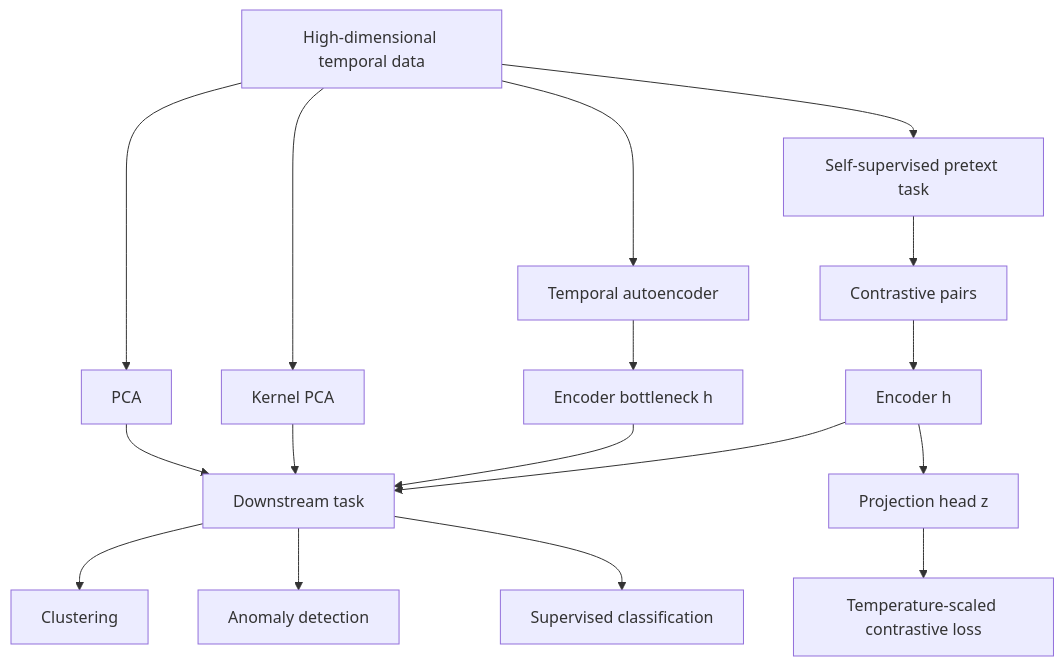
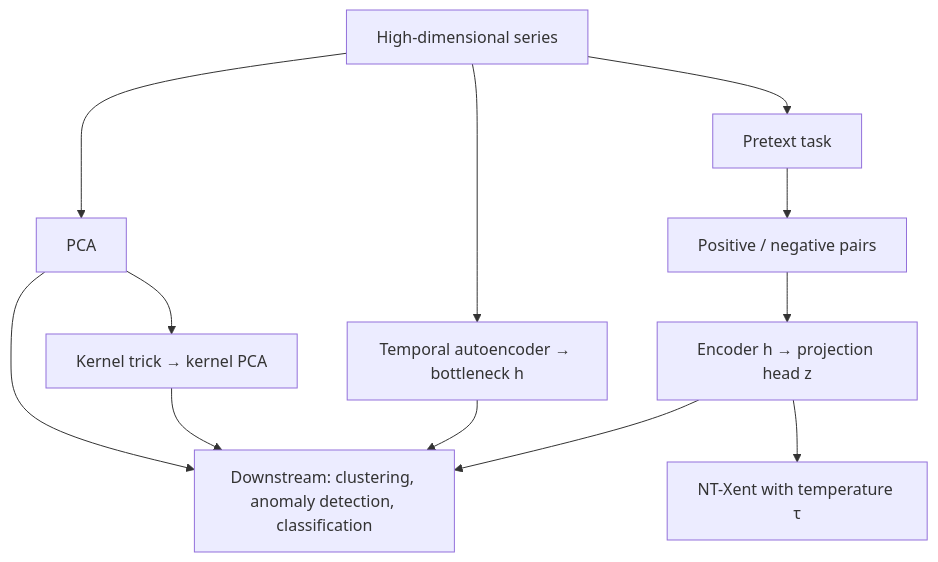
The fourth of 5 diagrams in courses/modern-temporal-learning/reference/concept_dependencies.md (hhsieh14/AI-courses-notes-reader), drawn with Mermaid before and after one commit. The commit also changed other lines of this file and 20 other files, not shown here.

````diff
--- a/courses/modern-temporal-learning/reference/concept_dependencies.md
+++ b/courses/modern-temporal-learning/reference/concept_dependencies.md
@@ -51,22 +86,11 @@
 ```mermaid
 flowchart TD
-    A[High-dimensional temporal data] --> B[PCA]
-    A --> C[Kernel PCA]
-    A --> D[Temporal autoencoder]
-    A --> E[Self-supervised pretext task]
-
-    D --> F[Encoder bottleneck h]
-    E --> G[Contrastive pairs]
-    G --> H[Encoder h]
-    H --> I[Projection head z]
-    I --> J[Temperature-scaled contrastive loss]
-
-    B --> K[Downstream task]
-    C --> K
-    F --> K
-    H --> K
-
-    K --> L[Clustering]
-    K --> M[Anomaly detection]
-    K --> N[Supervised classification]
+    A[High-dimensional series] --> B[PCA]
+    B --> C[Kernel trick → kernel PCA]
+    A --> D[Temporal autoencoder → bottleneck h]
+    A --> E[Pretext task]
+    E --> F[Positive / negative pairs]
+    F --> G[Encoder h → projection head z]
+    G --> H[NT-Xent with temperature τ]
+    B & C & D & G --> I[Downstream: clustering, anomaly detection, classification]
 ```
````
